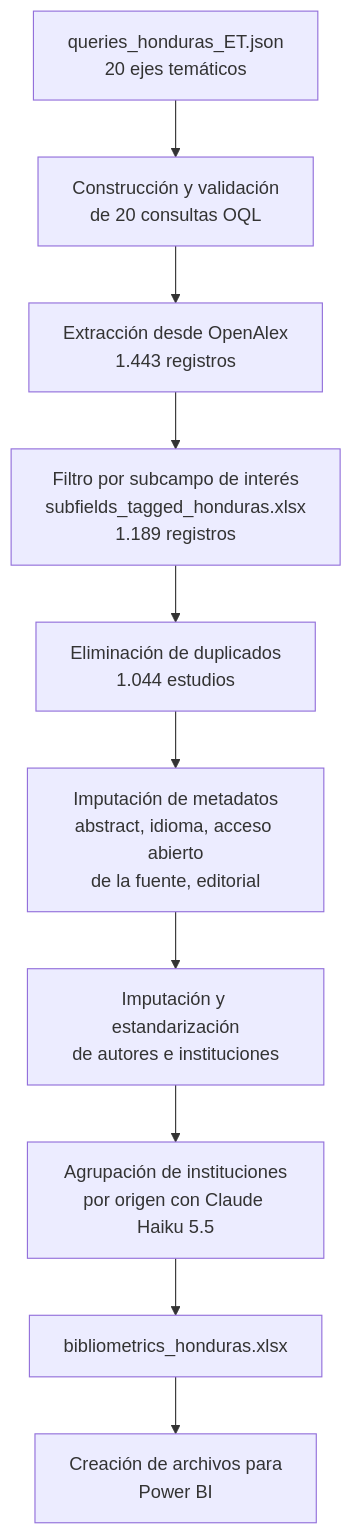
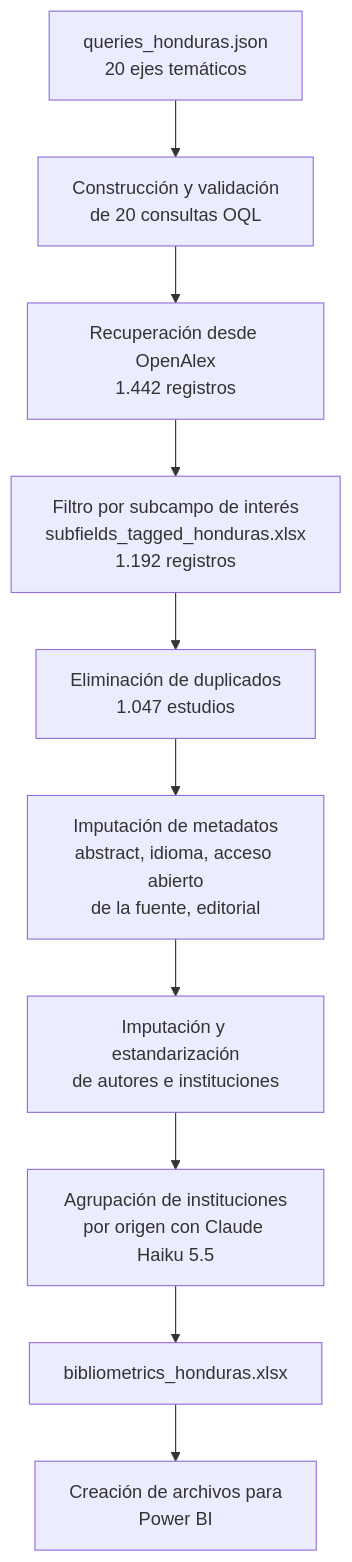
Before and after one commit to ansesame/Reporte_bibliometrico: the first of 2 diagrams in docs/Metodologia_bibliometria.md, drawn with Mermaid. The commit also changed other lines of this file and 10 other files, not shown here.

````diff
--- a/docs/Metodologia_bibliometria.md
+++ b/docs/Metodologia_bibliometria.md
@@ -126,12 +114,12 @@
 ```mermaid
 flowchart TD
-    A[queries_honduras_ET.json<br/>20 ejes temáticos] --> B[Construcción y validación<br/>de 20 consultas OQL]
-    B --> C[Extracción desde OpenAlex<br/>1.443 registros]
-    C --> D[Filtro por subcampo de interés<br/>subfields_tagged_honduras.xlsx<br/>1.189 registros]
-    D --> E[Eliminación de duplicados<br/>1.044 estudios]
+    A[queries_honduras.json<br/>20 ejes temáticos] --> B[Construcción y validación<br/>de 20 consultas OQL]
+    B --> C[Recuperación desde OpenAlex<br/>1.442 registros]
+    C --> D[Filtro por subcampo de interés<br/>subfields_tagged_honduras.xlsx<br/>1.192 registros]
+    D --> E[Eliminación de duplicados<br/>1.047 estudios]
     E --> F[Imputación de metadatos<br/>abstract, idioma, acceso abierto<br/>de la fuente, editorial]
     F --> G[Imputación y estandarización<br/>de autores e instituciones]
     G --> H[Agrupación de instituciones<br/>por origen con Claude Haiku 5.5]
     H --> I[bibliometrics_honduras.xlsx]
     I --> J[Creación de archivos para<br/>Power BI<br/>]
 ```
````
